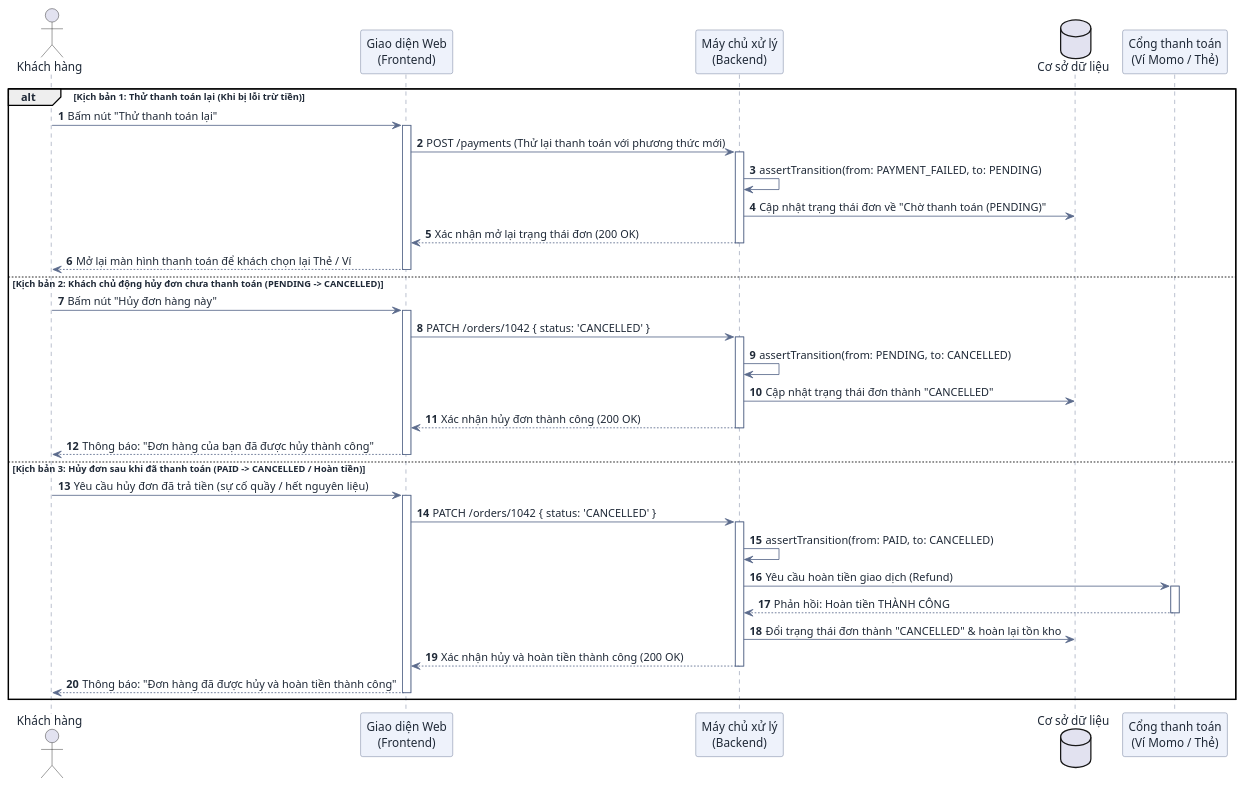
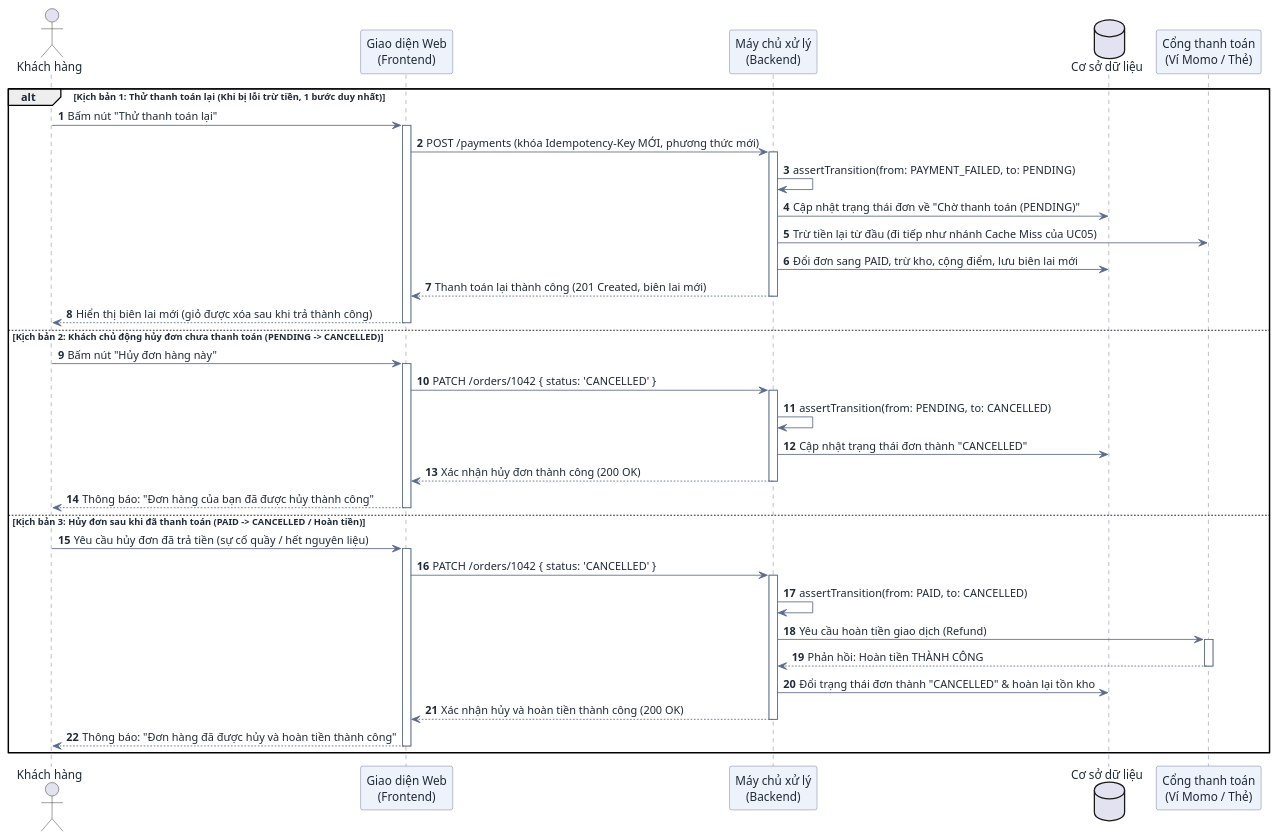
One commit to DuVinhLoi/BrewLite changed the fifth of 6 diagrams in docs/user-sequence-specifications.md. Above: the diagram before and after it, drawn with PlantUML. The commit also changed other lines of this file, not shown here.

Commit message:
docs: sync sequence spec with implementation (names, retry flow, compensate)

````diff
--- a/docs/user-sequence-specifications.md
+++ b/docs/user-sequence-specifications.md
@@ -374,57 +374,59 @@
 ```plantuml
 @startuml
 skinparam DefaultFontColor #1f2937
 skinparam ArrowColor #5b6b8c
 skinparam SequenceParticipantBackgroundColor #eef2fb
 skinparam SequenceParticipantBorderColor #5b6b8c
 skinparam SequenceLifeLineBorderColor #5b6b8c
 
 autonumber
 actor "Khách hàng" as User
 participant "Giao diện Web\n(Frontend)" as FE
 participant "Máy chủ xử lý\n(Backend)" as BE
 database "Cơ sở dữ liệu" as DB
 participant "Cổng thanh toán\n(Ví Momo / Thẻ)" as Gateway
 
-alt Kịch bản 1: Thử thanh toán lại (Khi bị lỗi trừ tiền)
+alt Kịch bản 1: Thử thanh toán lại (Khi bị lỗi trừ tiền, 1 bước duy nhất)
     User -> FE : Bấm nút "Thử thanh toán lại"
     activate FE
-    FE -> BE : POST /payments (Thử lại thanh toán với phương thức mới)
+    FE -> BE : POST /payments (khóa Idempotency-Key MỚI, phương thức mới)
     activate BE
     BE -> BE : assertTransition(from: PAYMENT_FAILED, to: PENDING)
     BE -> DB : Cập nhật trạng thái đơn về "Chờ thanh toán (PENDING)"
-    BE --> FE : Xác nhận mở lại trạng thái đơn (200 OK)
+    BE -> Gateway : Trừ tiền lại từ đầu (đi tiếp như nhánh Cache Miss của UC05)
+    BE -> DB : Đổi đơn sang PAID, trừ kho, cộng điểm, lưu biên lai mới
+    BE --> FE : Thanh toán lại thành công (201 Created, biên lai mới)
     deactivate BE
-    FE --> User : Mở lại màn hình thanh toán để khách chọn lại Thẻ / Ví
+    FE --> User : Hiển thị biên lai mới (giỏ được xóa sau khi trả thành công)
     deactivate FE
 
 else Kịch bản 2: Khách chủ động hủy đơn chưa thanh toán (PENDING -> CANCELLED)
     User -> FE : Bấm nút "Hủy đơn hàng này"
     activate FE
     FE -> BE : PATCH /orders/1042 { status: 'CANCELLED' }
     activate BE
     BE -> BE : assertTransition(from: PENDING, to: CANCELLED)
     BE -> DB : Cập nhật trạng thái đơn thành "CANCELLED"
     BE --> FE : Xác nhận hủy đơn thành công (200 OK)
     deactivate BE
     FE --> User : Thông báo: "Đơn hàng của bạn đã được hủy thành công"
     deactivate FE
 
 else Kịch bản 3: Hủy đơn sau khi đã thanh toán (PAID -> CANCELLED / Hoàn tiền)
     User -> FE : Yêu cầu hủy đơn đã trả tiền (sự cố quầy / hết nguyên liệu)
     activate FE
     FE -> BE : PATCH /orders/1042 { status: 'CANCELLED' }
     activate BE
     BE -> BE : assertTransition(from: PAID, to: CANCELLED)
     BE -> Gateway : Yêu cầu hoàn tiền giao dịch (Refund)
     activate Gateway
     Gateway --> BE : Phản hồi: Hoàn tiền THÀNH CÔNG
     deactivate Gateway
     BE -> DB : Đổi trạng thái đơn thành "CANCELLED" & hoàn lại tồn kho
     BE --> FE : Xác nhận hủy và hoàn tiền thành công (200 OK)
     deactivate BE
     FE --> User : Thông báo: "Đơn hàng đã được hủy và hoàn tiền thành công"
     deactivate FE
 end
 @enduml
 ```
````
